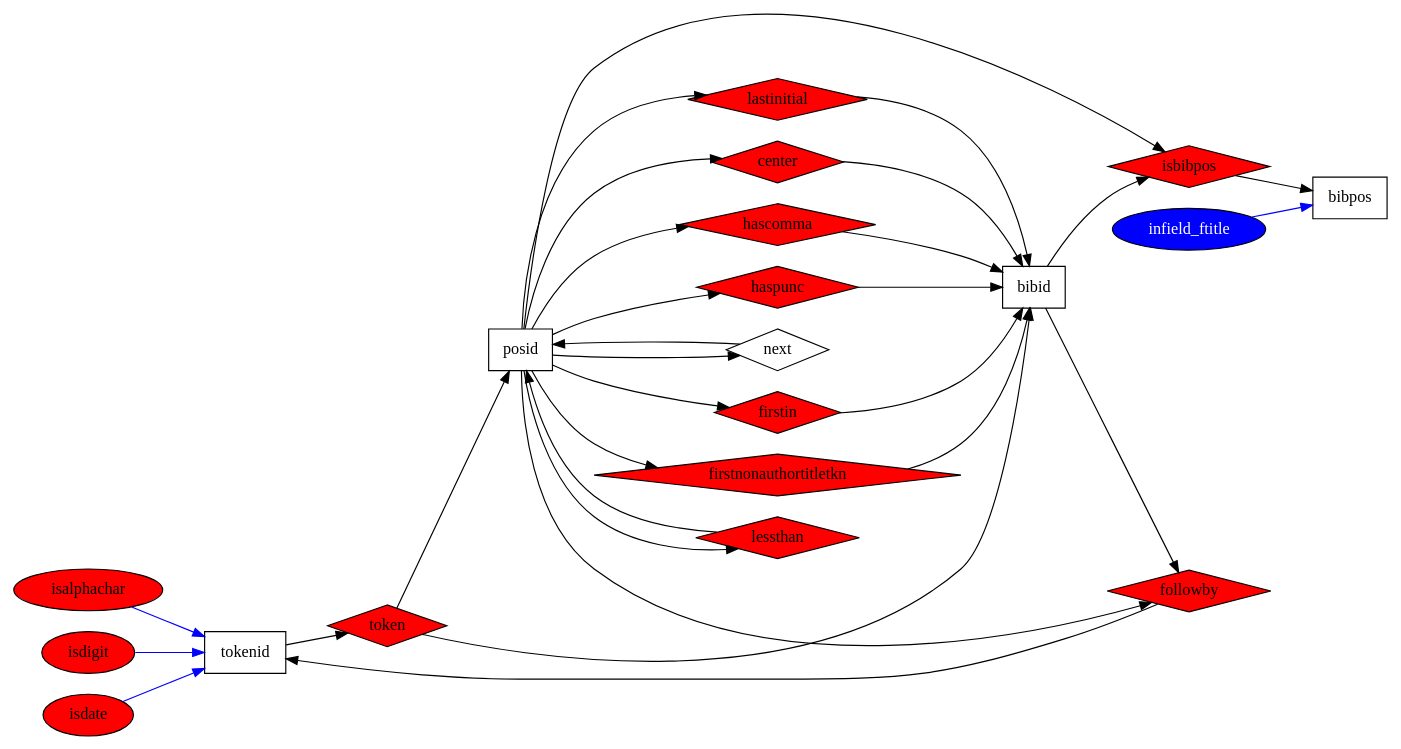
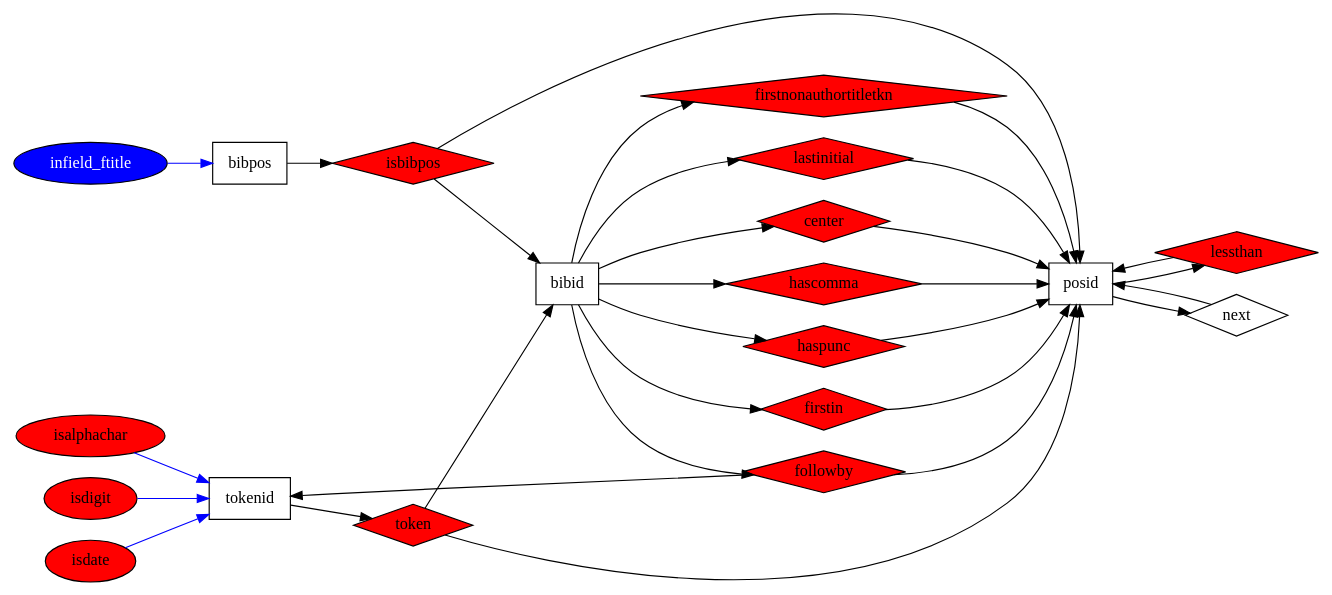
Before and after one commit to harshakokel/JA-Walk-ER: the diagram in diagrams/citeseer.dot, drawn with Graphviz. The commit also changed 7 other files, not shown here.

```diff
--- a/diagrams/citeseer.dot
+++ b/diagrams/citeseer.dot
@@ -1,95 +1,95 @@
 digraph G {
-rankdir=LR;
-fontname="sans-serif";
-penwidth="0.1";
-edge [comment="Wildcard node added automatic in EG."];
-node [comment="Wildcard node added automatic in EG."];
-"isalphachar" [shape="ellipse", 
-               style="filled", 
-               fillcolor="red"];
-"isbibpos" [shape="polygon", 
-            style="filled", 
-            fillcolor="red", 
-            orientation="45.0"];
-"hascomma" [shape="polygon", 
-            style="filled", 
-            fillcolor="red", 
-            orientation="45.0"];
-"followby" [shape="polygon", 
-            style="filled", 
-            fillcolor="red", 
-            orientation="45.0"];
-"haspunc" [shape="polygon", 
-           style="filled", 
-           fillcolor="red", 
-           orientation="45.0"];
-"firstin" [shape="polygon", 
-           style="filled", 
-           fillcolor="red", 
-           orientation="45.0"];
-"token" [shape="polygon", 
-         style="filled", 
-         fillcolor="red", 
-         orientation="45.0"];
-"isdigit" [shape="ellipse", 
-           style="filled", 
-           fillcolor="red"];
-"lessthan" [shape="polygon", 
-            style="filled", 
-            fillcolor="red", 
-            orientation="45.0"];
-"next" [shape="polygon", 
-        orientation="45.0"];
-"bibpos" [shape="box"];
-"tokenid" [shape="box"];
-"isdate" [shape="ellipse", 
-          style="filled", 
-          fillcolor="red"];
-"firstnonauthortitletkn" [shape="polygon", 
-                          style="filled", 
-                          orientation="45.0", 
-                          fillcolor="red"];
-"lastinitial" [shape="polygon", 
+    rankdir=LR;
+    fontname="sans-serif";
+    penwidth="0.1";
+    edge [comment="Wildcard node added automatic in EG."];
+    node [comment="Wildcard node added automatic in EG."];
+    "isalphachar" [shape="ellipse", 
+                   style="filled", 
+                   fillcolor="red"];
+    "isbibpos" [shape="polygon", 
+                style="filled", 
+                fillcolor="red", 
+                orientation="45.0"];
+    "hascomma" [shape="polygon", 
+                style="filled", 
+                fillcolor="red", 
+                orientation="45.0"];
+    "followby" [shape="polygon", 
+                style="filled", 
+                fillcolor="red", 
+                orientation="45.0"];
+    "haspunc" [shape="polygon", 
                style="filled", 
                fillcolor="red", 
                orientation="45.0"];
-"posid" [shape="box"];
-"center" [shape="polygon", 
-          style="filled", 
-          fillcolor="red", 
-          orientation="45.0"];
-"bibid" [shape="box"];
-"infield_ftitle" [fontcolor="white", 
-                  shape="ellipse", 
-                  style="filled", 
-                  fillcolor="blue"];
-"lastinitial" -> "bibid";
-"haspunc" -> "bibid";
-"firstnonauthortitletkn" -> "bibid";
-"followby" -> "tokenid";
-"bibid" -> "followby";
-"posid" -> "haspunc";
-"posid" -> "firstin";
-"lessthan" -> "posid";
-"isdigit" -> "tokenid"  [color="blue"];
-"firstin" -> "bibid";
-"infield_ftitle" -> "bibpos"  [color="blue"];
-"tokenid" -> "token";
-"center" -> "bibid";
-"token" -> "posid";
-"posid" -> "hascomma";
-"token" -> "bibid";
-"posid" -> "next";
-"isalphachar" -> "tokenid"  [color="blue"];
-"posid" -> "lessthan";
-"posid" -> "center";
-"hascomma" -> "bibid";
-"posid" -> "firstnonauthortitletkn";
-"isdate" -> "tokenid"  [color="blue"];
-"posid" -> "followby";
-"posid" -> "lastinitial";
-"next" -> "posid";
-"posid" -> "isbibpos";
-"bibid" -> "isbibpos";
-"isbibpos" -> "bibpos";
+    "firstin" [shape="polygon", 
+               style="filled", 
+               fillcolor="red", 
+               orientation="45.0"];
+    "token" [shape="polygon", 
+             style="filled", 
+             fillcolor="red", 
+             orientation="45.0"];
+    "isdigit" [shape="ellipse", 
+               style="filled", 
+               fillcolor="red"];
+    "lessthan" [shape="polygon", 
+                style="filled", 
+                fillcolor="red", 
+                orientation="45.0"];
+    "next" [shape="polygon", 
+            orientation="45.0"];
+    "bibpos" [shape="box"];
+    "tokenid" [shape="box"];
+    "isdate" [shape="ellipse", 
+              style="filled", 
+              fillcolor="red"];
+    "firstnonauthortitletkn" [shape="polygon", 
+                              style="filled", 
+                              orientation="45.0", 
+                              fillcolor="red"];
+    "lastinitial" [shape="polygon", 
+                   style="filled", 
+                   fillcolor="red", 
+                   orientation="45.0"];
+    "posid" [shape="box"];
+    "center" [shape="polygon", 
+              style="filled", 
+              fillcolor="red", 
+              orientation="45.0"];
+    "bibid" [shape="box"];
+    "infield_ftitle" [fontcolor="white", 
+                      shape="ellipse", 
+                      style="filled", 
+                      fillcolor="blue"];
+    "bibid" -> "lastinitial";
+    "bibid" -> "haspunc";
+    "bibid" -> "firstnonauthortitletkn";
+    "followby" -> "tokenid";
+    "bibid" -> "followby";
+    "haspunc" -> "posid";
+    "firstin" -> "posid";
+    "lessthan" -> "posid";
+    "isdigit" -> "tokenid"  [color="blue"];
+    "bibid" -> "firstin";
+    "infield_ftitle" -> "bibpos"  [color="blue"];
+    "tokenid" -> "token";
+    "bibid" -> "center";
+    "token" -> "posid";
+    "hascomma" -> "posid";
+    "token" -> "bibid";
+    "posid" -> "next";
+    "isalphachar" -> "tokenid"  [color="blue"];
+    "posid" -> "lessthan";
+    "center" -> "posid";
+    "bibid" -> "hascomma";
+    "firstnonauthortitletkn" -> "posid";
+    "isdate" -> "tokenid"  [color="blue"];
+    "followby" -> "posid";
+    "lastinitial" -> "posid";
+    "next" -> "posid";
+    "isbibpos" -> "posid";
+    "isbibpos" -> "bibid";
+    "bibpos" -> "isbibpos";
 }
```
